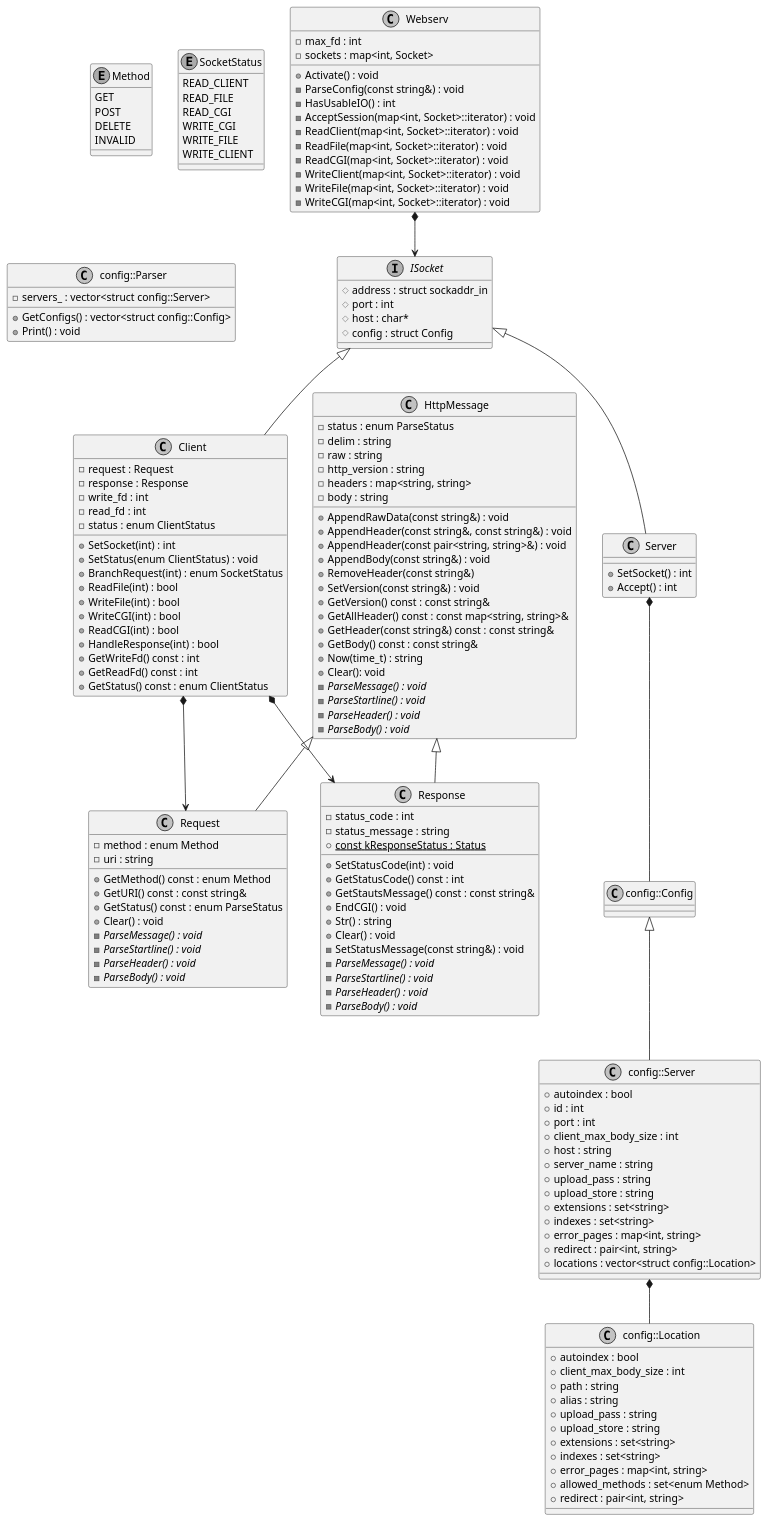
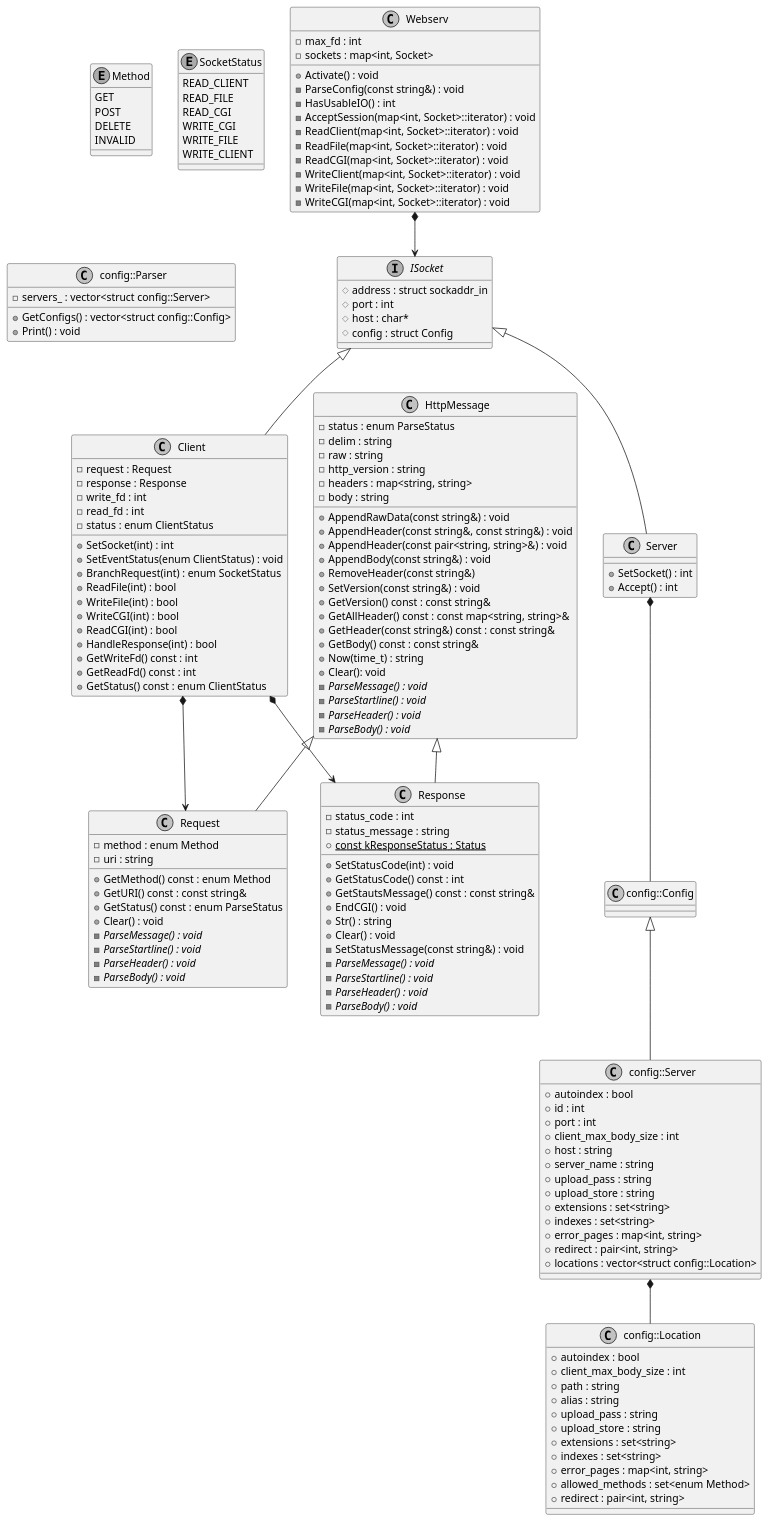
Before and after one commit to tkomatsu/webserv: the diagram in docs/webserv.pu, drawn with PlantUML. The commit also changed 2 other files, not shown here.

Commit message:
refactor(Client): rename SetStatus to SetEventStatus

```diff
--- a/docs/webserv.pu
+++ b/docs/webserv.pu
@@ -1,172 +1,172 @@
 @startuml webserv
 
 skinparam monochrome true
 skinparam shadowing false
 
 class Webserv {
   - max_fd : int
   - sockets : map<int, Socket>
   + Activate() : void
   - ParseConfig(const string&) : void
   - HasUsableIO() : int
   - AcceptSession(map<int, Socket>::iterator) : void
   - ReadClient(map<int, Socket>::iterator) : void
   - ReadFile(map<int, Socket>::iterator) : void
   - ReadCGI(map<int, Socket>::iterator) : void
   - WriteClient(map<int, Socket>::iterator) : void
   - WriteFile(map<int, Socket>::iterator) : void
   - WriteCGI(map<int, Socket>::iterator) : void
 }
 
 interface ISocket {
   # address : struct sockaddr_in
   # port : int
   # host : char*
   # config : struct Config
 }
 
 class Server {
   + SetSocket() : int
   + Accept() : int
 }
 
 class Client {
   - request : Request
   - response : Response
   - write_fd : int
   - read_fd : int
   - status : enum ClientStatus
   + SetSocket(int) : int
-  + SetStatus(enum ClientStatus) : void
+  + SetEventStatus(enum ClientStatus) : void
   + BranchRequest(int) : enum SocketStatus
   + ReadFile(int) : bool
   + WriteFile(int) : bool
   + WriteCGI(int) : bool
   + ReadCGI(int) : bool
   + HandleResponse(int) : bool
   + GetWriteFd() const : int
   + GetReadFd() const : int
   + GetStatus() const : enum ClientStatus
 }
 
 class HttpMessage {
   - status : enum ParseStatus
   - delim : string
   - raw : string
   - http_version : string
   - headers : map<string, string>
   - body : string
   + AppendRawData(const string&) : void
   + AppendHeader(const string&, const string&) : void
   + AppendHeader(const pair<string, string>&) : void
   + AppendBody(const string&) : void
   + RemoveHeader(const string&)
   + SetVersion(const string&) : void
   + GetVersion() const : const string&
   + GetAllHeader() const : const map<string, string>&
   + GetHeader(const string&) const : const string&
   + GetBody() const : const string&
   + Now(time_t) : string
   + Clear(): void
   - {abstract} ParseMessage() : void
   - {abstract} ParseStartline() : void
   - {abstract} ParseHeader() : void
   - {abstract} ParseBody() : void
 }
 
 class Request {
   - method : enum Method
   - uri : string
   + GetMethod() const : enum Method
   + GetURI() const : const string&
   + GetStatus() const : enum ParseStatus
   + Clear() : void
   - {abstract} ParseMessage() : void
   - {abstract} ParseStartline() : void
   - {abstract} ParseHeader() : void
   - {abstract} ParseBody() : void
 }
 
 class Response {
   - status_code : int
   - status_message : string
   + {static} const kResponseStatus : Status
   + SetStatusCode(int) : void
   + GetStatusCode() const : int
   + GetStautsMessage() const : const string&
   + EndCGI() : void
   + Str() : string
   + Clear() : void
   - SetStatusMessage(const string&) : void
   - {abstract} ParseMessage() : void
   - {abstract} ParseStartline() : void
   - {abstract} ParseHeader() : void
   - {abstract} ParseBody() : void
 }
 
 enum Method {
   GET
   POST
   DELETE
   INVALID
 }
 
 enum SocketStatus {
   READ_CLIENT
   READ_FILE
   READ_CGI
   WRITE_CGI
   WRITE_FILE
   WRITE_CLIENT
 }
 
 class config::Parser {
   + GetConfigs() : vector<struct config::Config>
   + Print() : void
   - servers_ : vector<struct config::Server>
 }
 
 class config::Config {}
 
 class config::Server {
   + autoindex : bool
   + id : int
   + port : int
   + client_max_body_size : int
   + host : string
   + server_name : string
   + upload_pass : string
   + upload_store : string
   + extensions : set<string>
   + indexes : set<string>
   + error_pages : map<int, string>
   + redirect : pair<int, string>
   + locations : vector<struct config::Location>
 }
 
 class config::Location {
   + autoindex : bool
   + client_max_body_size : int
   + path : string
   + alias : string
   + upload_pass : string
   + upload_store : string
   + extensions : set<string>
   + indexes : set<string>
   + error_pages : map<int, string>
   + allowed_methods : set<enum Method>
   + redirect : pair<int, string>
 }
 
 Webserv *--> ISocket
 ISocket <|-- Client
 ISocket <|-- Server
 Client *--> Request
 Client *--> Response
 HttpMessage <|-- Request
 HttpMessage <|-- Response
 config::Server *-- config::Location
 config::Config <|-- config::Server
 Server *-- config::Config
 
 @enduml
```
